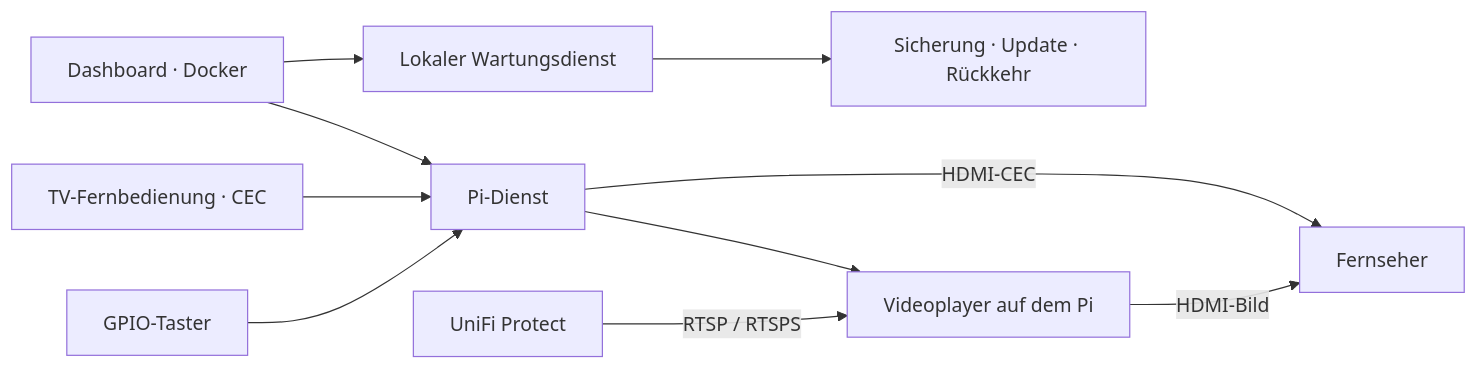
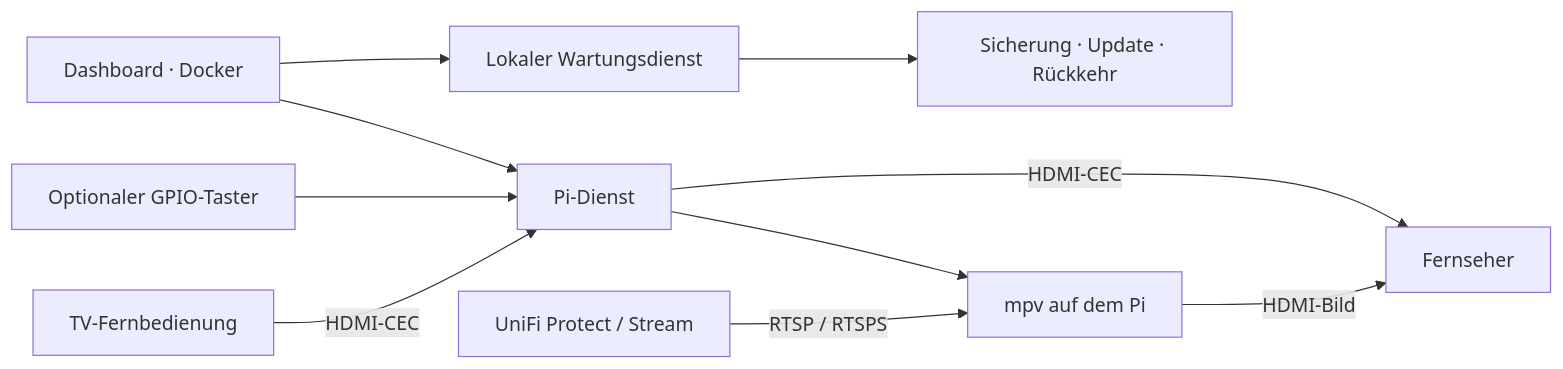
One commit to loserat/kamerablick changed the diagram in README.md. Above: the diagram before and after it, drawn with Mermaid. The commit also changed other lines of this file and 14 other files, not shown here.

````diff
--- a/README.md
+++ b/README.md
@@ -100,12 +114,12 @@
 ```mermaid
 flowchart LR
-    Button["GPIO-Taster"] --> Pi["Pi-Dienst"]
-    Remote["TV-Fernbedienung · CEC"] --> Pi
-    Dashboard["Dashboard · Docker"] --> Pi
+    Remote["TV-Fernbedienung"] -->|"HDMI-CEC"| Agent["Pi-Dienst"]
+    Button["Optionaler GPIO-Taster"] --> Agent
+    Dashboard["Dashboard · Docker"] --> Agent
     Dashboard --> Maintenance["Lokaler Wartungsdienst"]
     Maintenance --> Update["Sicherung · Update · Rückkehr"]
-    Protect["UniFi Protect"] -->|"RTSP / RTSPS"| Player["Videoplayer auf dem Pi"]
-    Pi --> Player
-    Pi -->|"HDMI-CEC"| TV["Fernseher"]
+    Protect["UniFi Protect / Stream"] -->|"RTSP / RTSPS"| Player["mpv auf dem Pi"]
+    Agent --> Player
+    Agent -->|"HDMI-CEC"| TV["Fernseher"]
     Player -->|"HDMI-Bild"| TV
 ```
````
